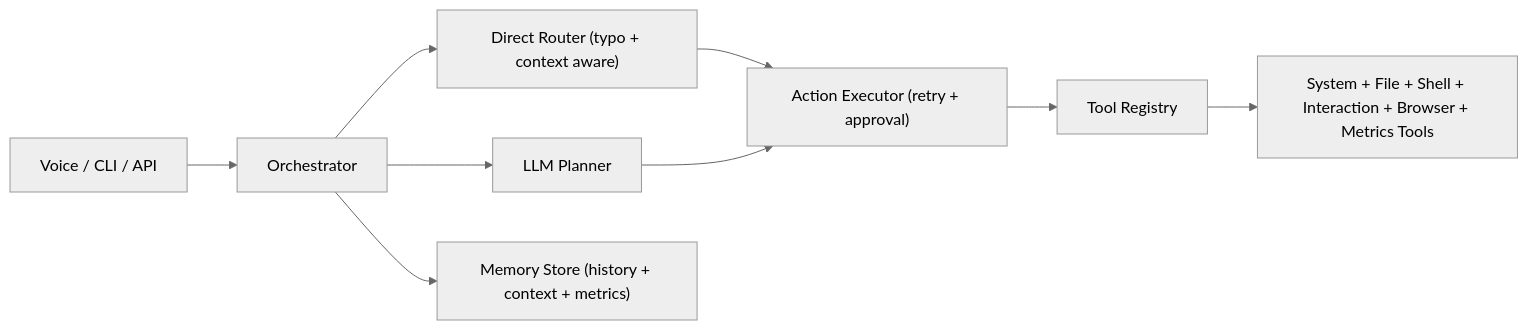
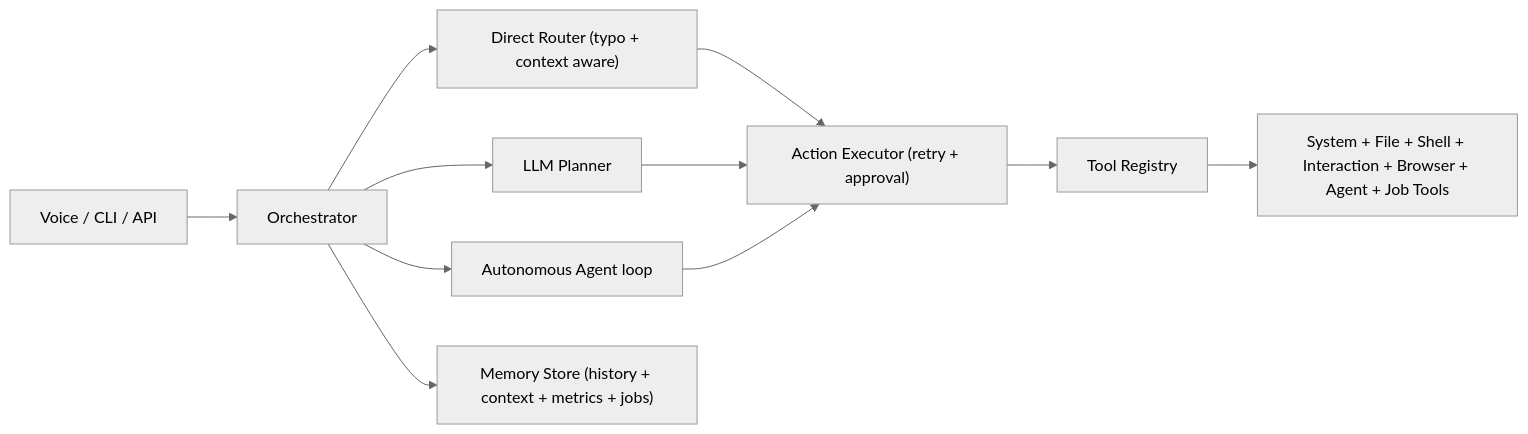
The diagram in README.md (ghanendrasahu/jarvis), drawn with Mermaid (neutral theme) before and after one commit. The commit also changed other lines of this file and 6 other files, not shown here.

````diff
--- a/README.md
+++ b/README.md
@@ -79,11 +83,13 @@
 ```mermaid
 flowchart LR
   A["Voice / CLI / API"] --> B["Orchestrator"]
   B --> C["Direct Router (typo + context aware)"]
   B --> D["LLM Planner"]
-  C --> E["Action Executor (retry + approval)"]
-  D --> E
-  E --> F["Tool Registry"]
-  F --> G["System + File + Shell + Interaction + Browser + Metrics Tools"]
-  B --> H["Memory Store (history + context + metrics)"]
+  B --> E["Autonomous Agent loop"]
+  C --> F["Action Executor (retry + approval)"]
+  D --> F
+  E --> F
+  F --> G["Tool Registry"]
+  G --> H["System + File + Shell + Interaction + Browser + Agent + Job Tools"]
+  B --> I["Memory Store (history + context + metrics + jobs)"]
 ```
````
